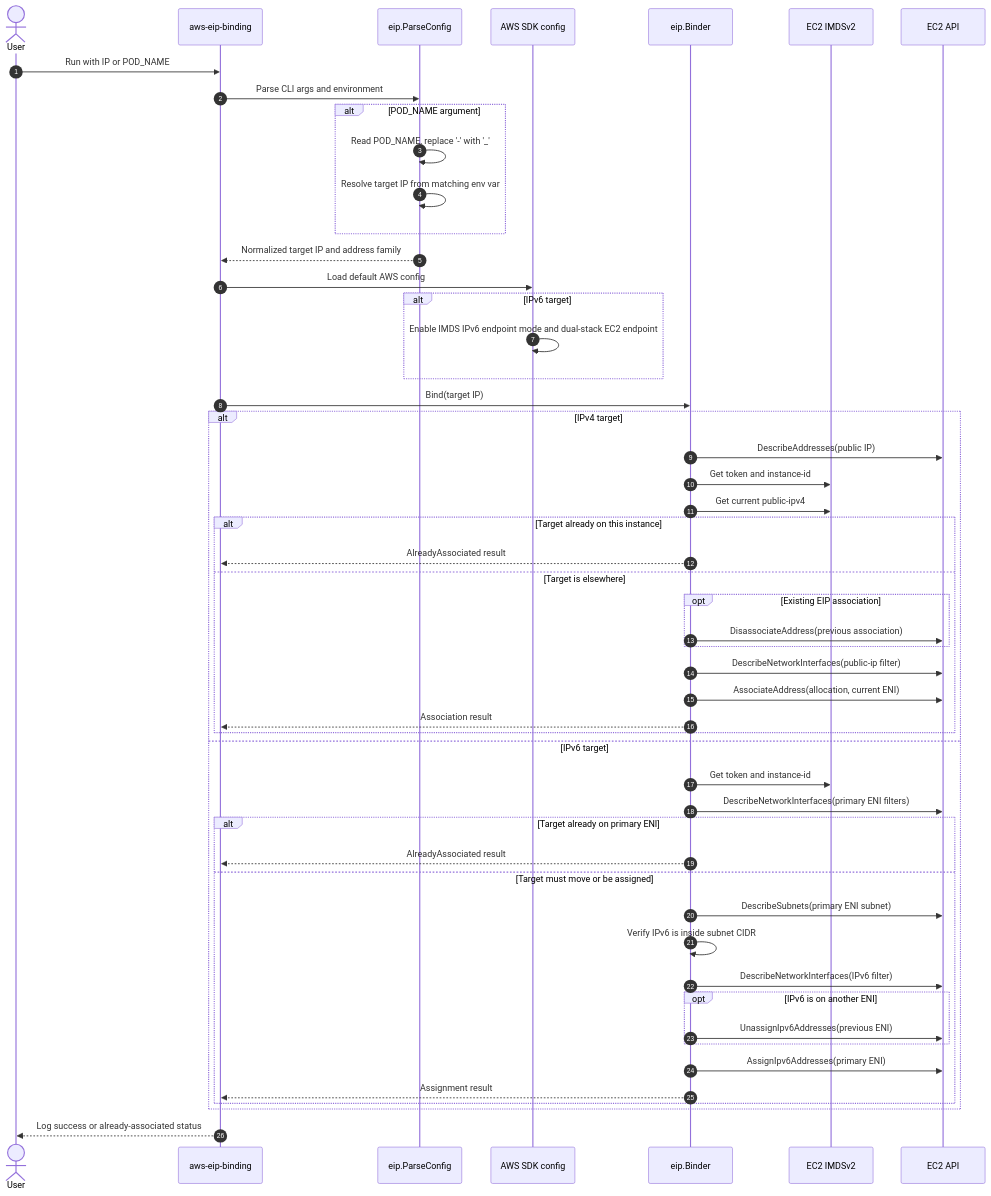
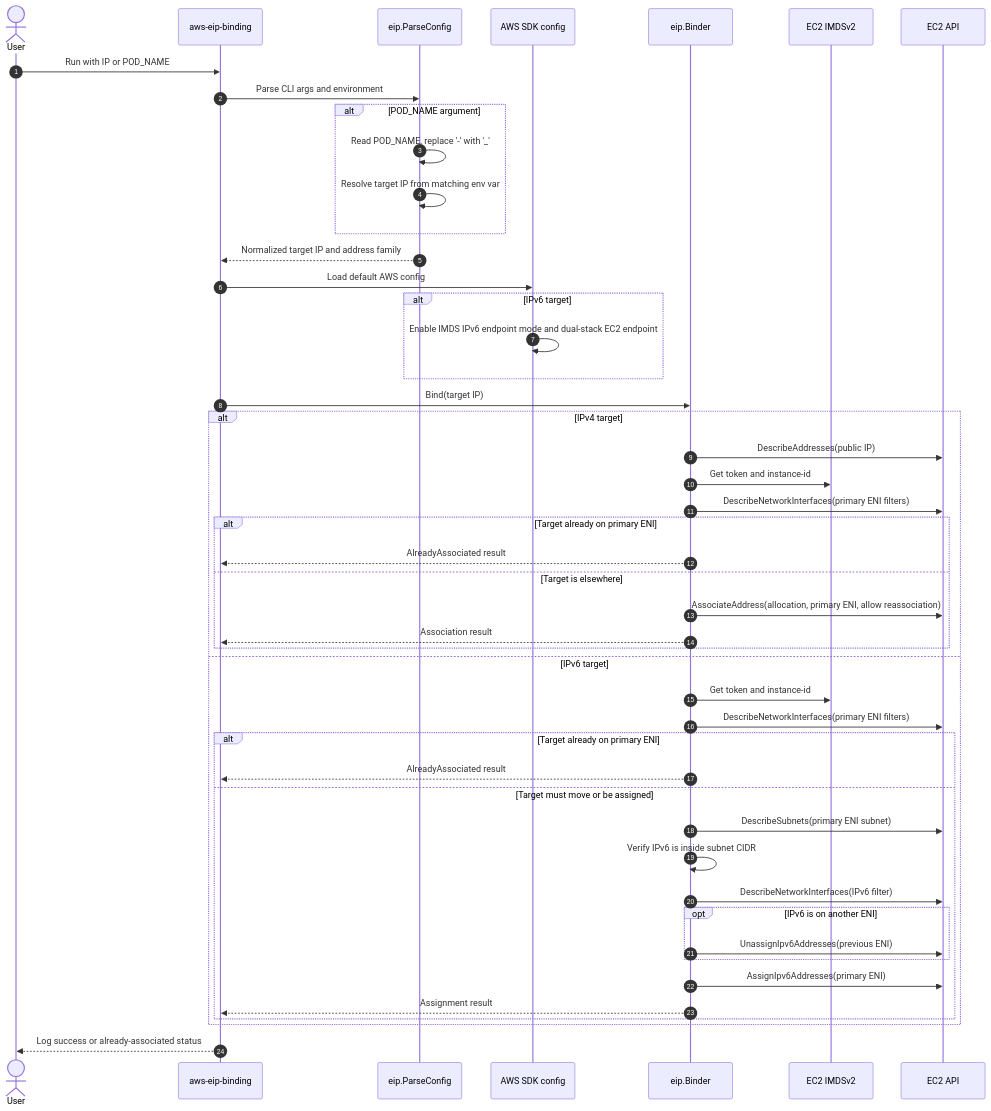
The first of 3 diagrams in README.md (islishude/aws-eip-binding), drawn with Mermaid before and after one commit. The commit also changed other lines of this file and 7 other files, not shown here.

Commit message:
Refactor IPv4 binding to reassociate via primary ENI

````diff
--- a/README.md
+++ b/README.md
@@ -23,56 +23,52 @@
 ```mermaid
 sequenceDiagram
     autonumber
     actor User
     participant CLI as aws-eip-binding
     participant Config as eip.ParseConfig
     participant AWSConfig as AWS SDK config
     participant Binder as eip.Binder
     participant IMDS as EC2 IMDSv2
     participant EC2 as EC2 API
 
     User->>CLI: Run with IP or POD_NAME
     CLI->>Config: Parse CLI args and environment
     alt POD_NAME argument
         Config->>Config: Read POD_NAME, replace '-' with '_'
         Config->>Config: Resolve target IP from matching env var
     end
     Config-->>CLI: Normalized target IP and address family
     CLI->>AWSConfig: Load default AWS config
     alt IPv6 target
         AWSConfig->>AWSConfig: Enable IMDS IPv6 endpoint mode and dual-stack EC2 endpoint
     end
     CLI->>Binder: Bind(target IP)
 
     alt IPv4 target
         Binder->>EC2: DescribeAddresses(public IP)
         Binder->>IMDS: Get token and instance-id
-        Binder->>IMDS: Get current public-ipv4
-        alt Target already on this instance
+        Binder->>EC2: DescribeNetworkInterfaces(primary ENI filters)
+        alt Target already on primary ENI
             Binder-->>CLI: AlreadyAssociated result
         else Target is elsewhere
-            opt Existing EIP association
-                Binder->>EC2: DisassociateAddress(previous association)
-            end
-            Binder->>EC2: DescribeNetworkInterfaces(public-ip filter)
-            Binder->>EC2: AssociateAddress(allocation, current ENI)
+            Binder->>EC2: AssociateAddress(allocation, primary ENI, allow reassociation)
             Binder-->>CLI: Association result
         end
     else IPv6 target
         Binder->>IMDS: Get token and instance-id
         Binder->>EC2: DescribeNetworkInterfaces(primary ENI filters)
         alt Target already on primary ENI
             Binder-->>CLI: AlreadyAssociated result
         else Target must move or be assigned
             Binder->>EC2: DescribeSubnets(primary ENI subnet)
             Binder->>Binder: Verify IPv6 is inside subnet CIDR
             Binder->>EC2: DescribeNetworkInterfaces(IPv6 filter)
             opt IPv6 is on another ENI
                 Binder->>EC2: UnassignIpv6Addresses(previous ENI)
             end
             Binder->>EC2: AssignIpv6Addresses(primary ENI)
             Binder-->>CLI: Assignment result
         end
     end
     CLI-->>User: Log success or already-associated status
 ```
````
